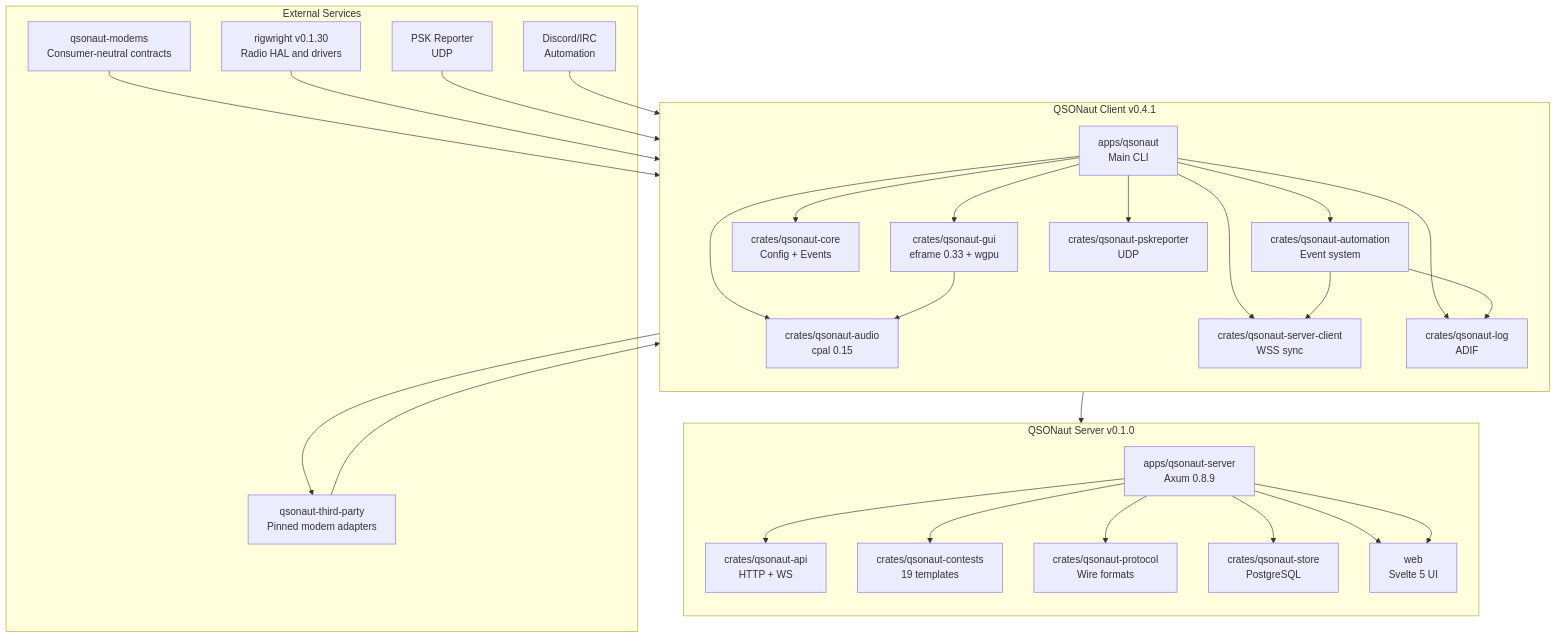
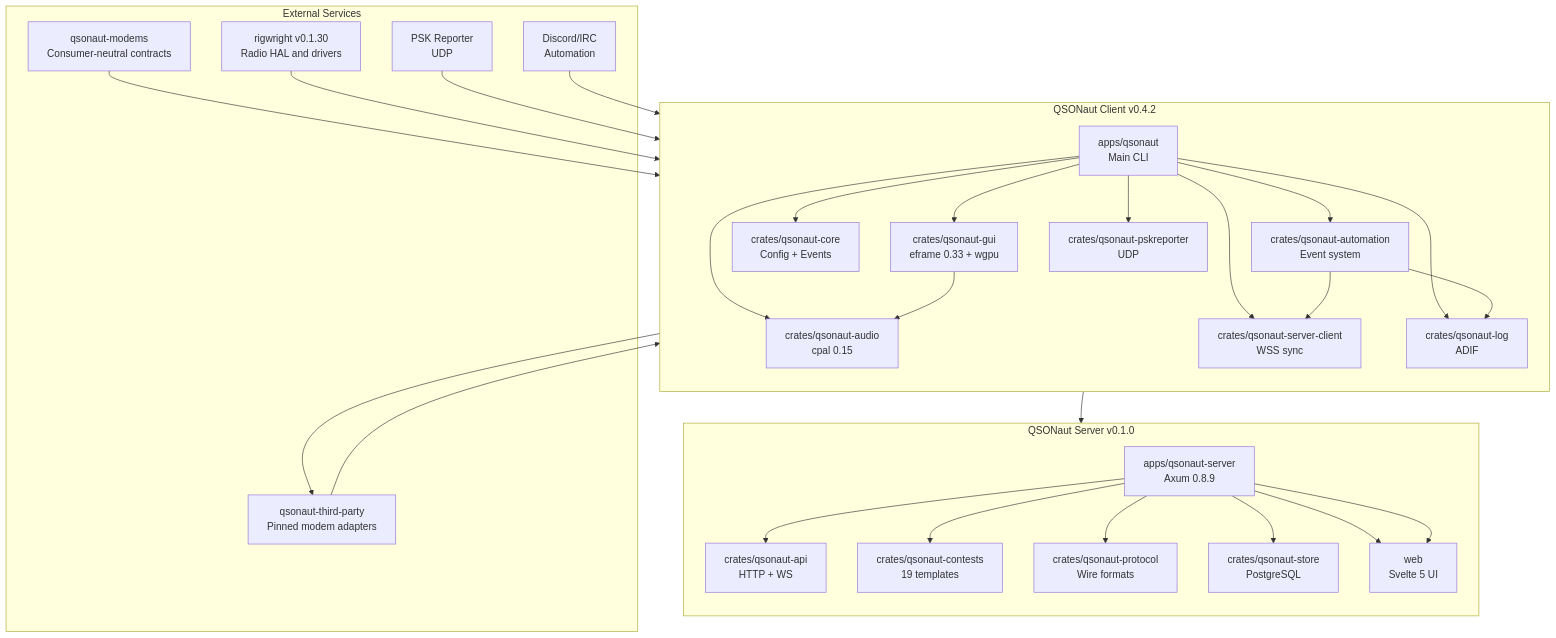
The first of 6 diagrams in docs/ARCHITECTURE.md (nicksbar/QSONaut), drawn with Mermaid before and after one commit. The commit also changed other lines of this file and 15 other files, not shown here.

````diff
--- a/docs/ARCHITECTURE.md
+++ b/docs/ARCHITECTURE.md
@@ -5,45 +5,45 @@
 ```mermaid
 graph TB
-    subgraph QSONaut_Client["QSONaut Client v0.4.1"]
+    subgraph QSONaut_Client["QSONaut Client v0.4.2"]
         direction TB
         A[apps/qsonaut<br/>Main CLI]
         A --> B[crates/qsonaut-gui<br/>eframe 0.33 + wgpu]
         A --> C[crates/qsonaut-core<br/>Config + Events]
         A --> F[crates/qsonaut-audio<br/>cpal 0.15]
         A --> G[crates/qsonaut-automation<br/>Event system]
         A --> H[crates/qsonaut-server-client<br/>WSS sync]
         A --> I[crates/qsonaut-log<br/>ADIF]
         A --> J[crates/qsonaut-pskreporter<br/>UDP]
         
         B --> F
         G --> H
         G --> I
     end
     
     subgraph QSONaut_Server["QSONaut Server v0.1.0"]
         direction TB
         K[apps/qsonaut-server<br/>Axum 0.8.9]
         K --> L[crates/qsonaut-api<br/>HTTP + WS]
         K --> M[crates/qsonaut-contests<br/>19 templates]
         K --> N[crates/qsonaut-protocol<br/>Wire formats]
         K --> O[crates/qsonaut-store<br/>PostgreSQL]
         K --> P[web<br/>Svelte 5 UI]
     end
     
     subgraph External["External Services"]
         Q[qsonaut-third-party<br/>Pinned modem adapters]
         U[qsonaut-modems<br/>Consumer-neutral contracts]
         R[rigwright v0.1.30<br/>Radio HAL and drivers]
         S[PSK Reporter<br/>UDP]
         T[Discord/IRC<br/>Automation]
     end
     
     Q --> B
     U --> B
     F --> Q
     R --> A
     S --> I
     T --> G
     H --> K
     K --> P
 ```
````
